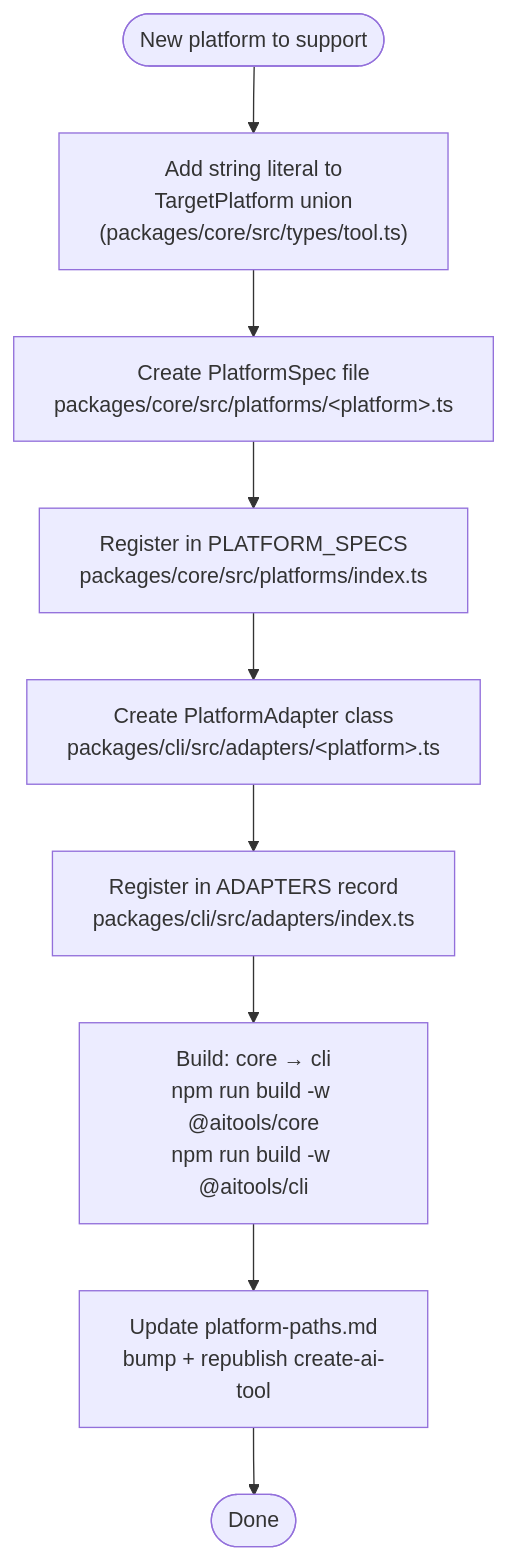
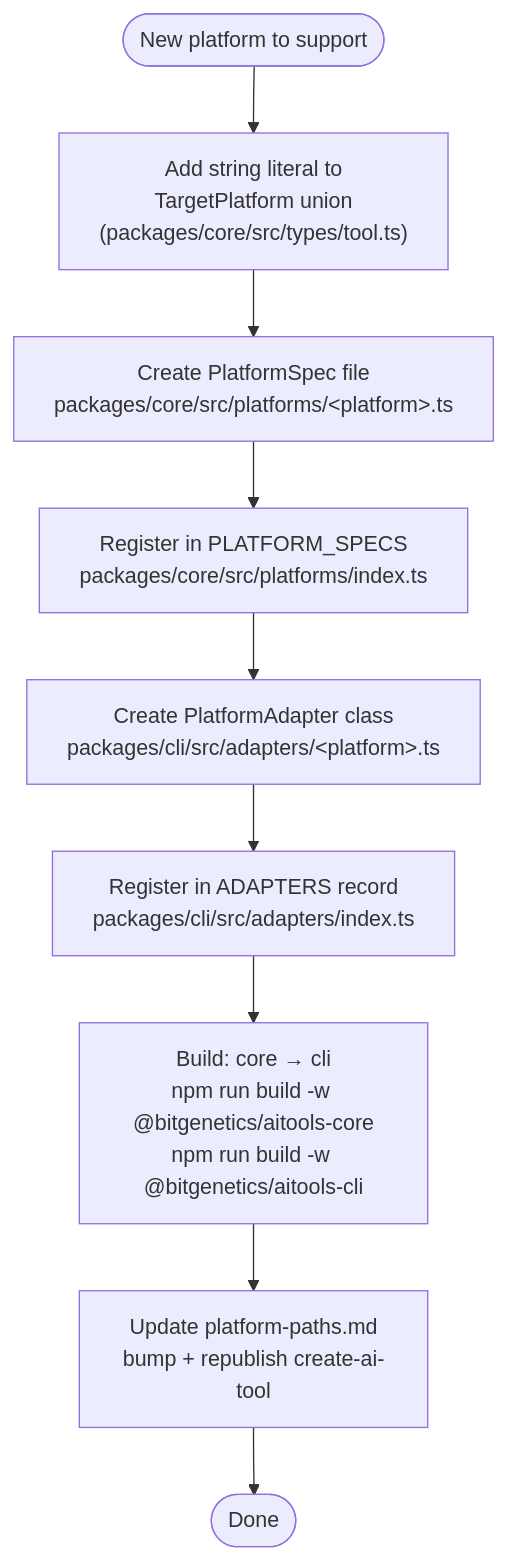
One commit to bitgenetics/aitools changed the sixth of 6 diagrams in docs/design/platform-adapter.md. Above: the diagram before and after it, drawn with Mermaid. The commit also changed 159 other files, not shown here.

````diff
--- a/docs/design/platform-adapter.md
+++ b/docs/design/platform-adapter.md
@@ -208,14 +208,14 @@
 ```mermaid
 flowchart TD
     start([New platform to support])
     type["Add string literal to<br/>TargetPlatform union<br/>(packages/core/src/types/tool.ts)"]
     spec_file["Create PlatformSpec file<br/>packages/core/src/platforms/&lt;platform&gt;.ts"]
     spec_index["Register in PLATFORM_SPECS<br/>packages/core/src/platforms/index.ts"]
     adapter["Create PlatformAdapter class<br/>packages/cli/src/adapters/&lt;platform&gt;.ts"]
     adapters_index["Register in ADAPTERS record<br/>packages/cli/src/adapters/index.ts"]
-    build["Build: core → cli<br/>npm run build -w @aitools/core<br/>npm run build -w @aitools/cli"]
+    build["Build: core → cli<br/>npm run build -w @bitgenetics/aitools-core<br/>npm run build -w @bitgenetics/aitools-cli"]
     docs["Update platform-paths.md<br/>bump + republish create-ai-tool"]
     done([Done])
 
     start --> type --> spec_file --> spec_index --> adapter --> adapters_index --> build --> docs --> done
 ```
````
